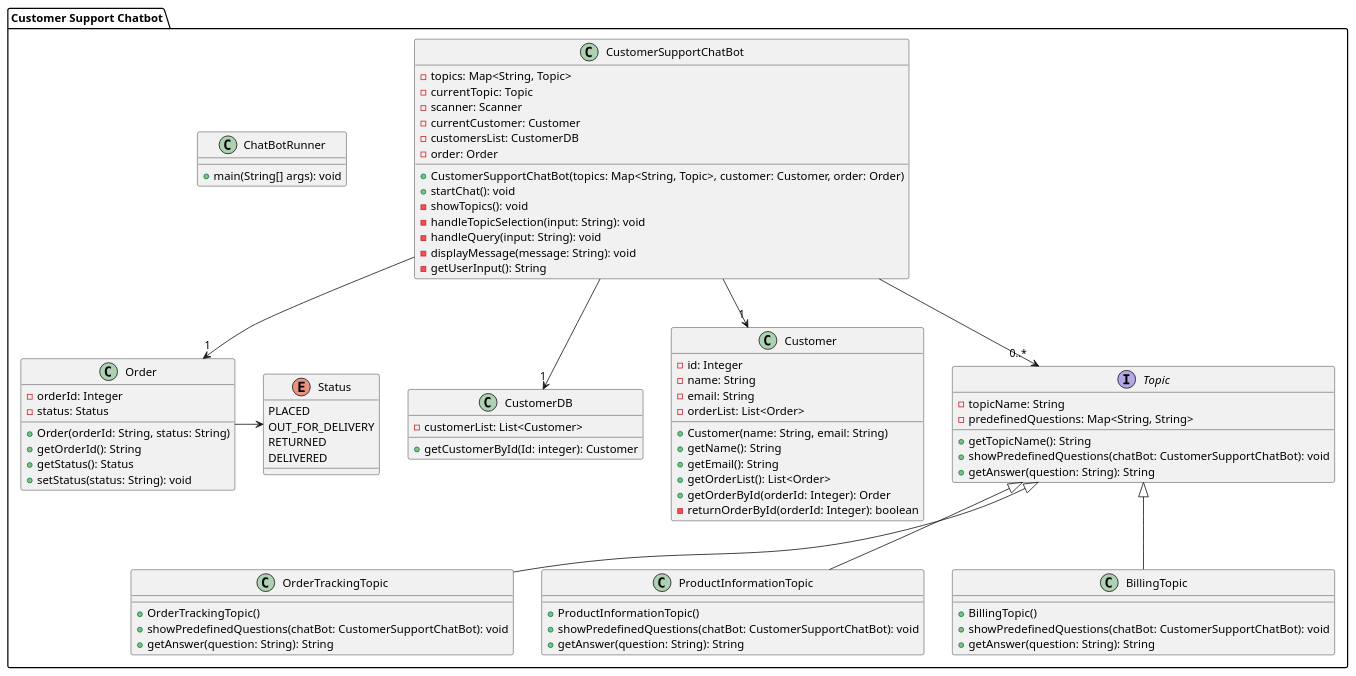
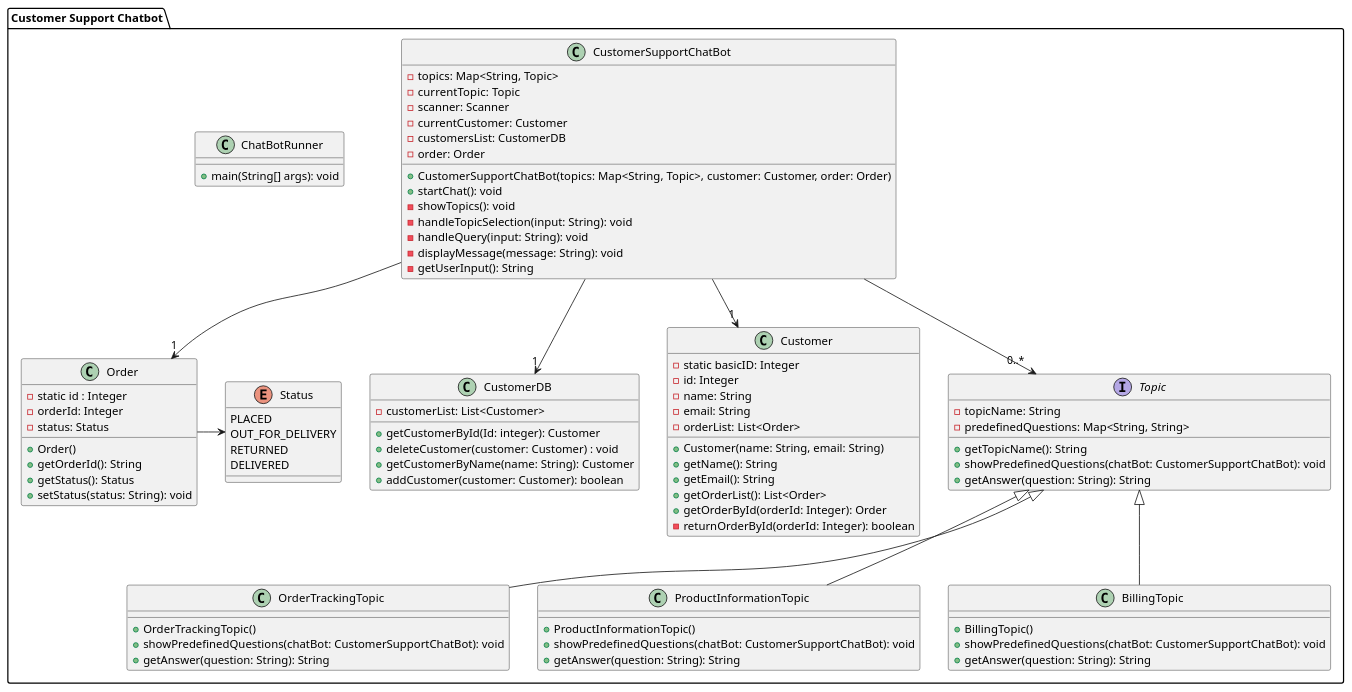
One commit to StudentsOnly/java-chatbot-project-team1 changed the diagram in out/production/java-chatbot-project-team1/UMLClassDiagram.puml. Above: the diagram before and after it, drawn with PlantUML. The commit also changed 14 other files, not shown here.

```diff
--- a/out/production/java-chatbot-project-team1/UMLClassDiagram.puml
+++ b/out/production/java-chatbot-project-team1/UMLClassDiagram.puml
@@ -1,94 +1,99 @@
 @startuml
 
 package "Customer Support Chatbot" {
     class CustomerDB{
         - customerList: List<Customer>
         + getCustomerById(Id: integer): Customer
+        + deleteCustomer(customer: Customer) : void
+        + getCustomerByName(name: String): Customer
+        + addCustomer(customer: Customer): boolean
     }
 
     class Customer {
+        - static basicID: Integer
         - id: Integer
         - name: String
         - email: String
         - orderList: List<Order>
         + Customer(name: String, email: String)
         + getName(): String
         + getEmail(): String
         + getOrderList(): List<Order>
         + getOrderById(orderId: Integer): Order
         - returnOrderById(orderId: Integer): boolean
     }
 
   enum Status {
     PLACED
     OUT_FOR_DELIVERY
     RETURNED
     DELIVERED
   }
 
     class Order {
+        - static id : Integer
         - orderId: Integer
         - status: Status
-        + Order(orderId: String, status: String)
+        + Order()
         + getOrderId(): String
         + getStatus(): Status
         + setStatus(status: String): void
     }
 
     interface Topic {
         - topicName: String
         - predefinedQuestions: Map<String, String>
         + getTopicName(): String
         + showPredefinedQuestions(chatBot: CustomerSupportChatBot): void
         + getAnswer(question: String): String
     }
 
     class OrderTrackingTopic {
         + OrderTrackingTopic()
         + showPredefinedQuestions(chatBot: CustomerSupportChatBot): void
         + getAnswer(question: String): String
     }
 
     class ProductInformationTopic {
         + ProductInformationTopic()
         + showPredefinedQuestions(chatBot: CustomerSupportChatBot): void
         + getAnswer(question: String): String
     }
 
     class BillingTopic {
         + BillingTopic()
         + showPredefinedQuestions(chatBot: CustomerSupportChatBot): void
         + getAnswer(question: String): String
     }
 
     class CustomerSupportChatBot {
         - topics: Map<String, Topic>
         - currentTopic: Topic
         - scanner: Scanner
         - currentCustomer: Customer
         - customersList: CustomerDB
         - order: Order
         + CustomerSupportChatBot(topics: Map<String, Topic>, customer: Customer, order: Order)
         + startChat(): void
         - showTopics(): void
         - handleTopicSelection(input: String): void
         - handleQuery(input: String): void
         - displayMessage(message: String): void
         - getUserInput(): String
     }
 
     class ChatBotRunner {
         + main(String[] args): void
     }
 
     Order ->  Status
     CustomerSupportChatBot --> "1" CustomerDB
     CustomerSupportChatBot --> "1" Customer
     CustomerSupportChatBot --> "1" Order
     CustomerSupportChatBot --> "0..*" Topic
     Topic <|-- OrderTrackingTopic
     Topic <|-- ProductInformationTopic
     Topic <|-- BillingTopic
 }
 
 @enduml
```
